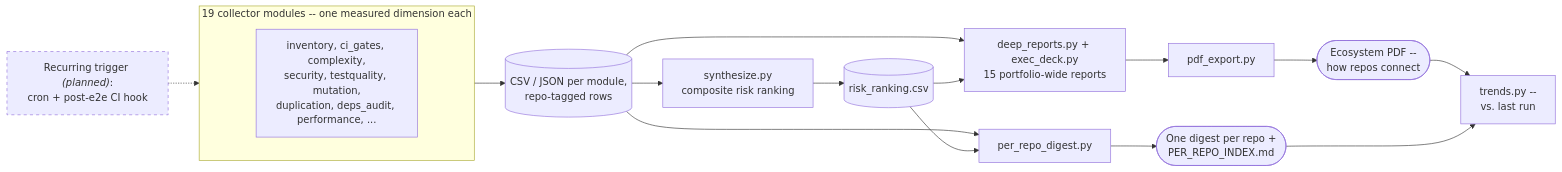
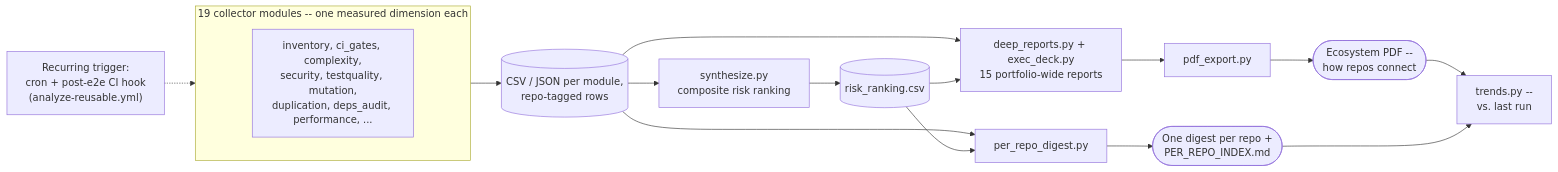
One commit to rachit-srivastava-devx/repo-analyser changed the diagram in README.md. Above: the diagram before and after it, drawn with Mermaid. The commit also changed other lines of this file and 2 other files, not shown here.

First line of the commit message:
Add reusable CI workflow for recurring / post-e2e analysis runs

````diff
--- a/README.md
+++ b/README.md
@@ -80,29 +80,26 @@
 ```mermaid
 flowchart LR
     subgraph Collectors["19 collector modules -- one measured dimension each"]
         direction TB
         Existing["inventory, ci_gates, complexity,\nsecurity, testquality, mutation,\nduplication, deps_audit, performance, ..."]
     end
 
     Collectors --> Data[("CSV / JSON per module,\nrepo-tagged rows")]
 
     Data --> Synthesize["synthesize.py\ncomposite risk ranking"]
     Synthesize --> Risk[("risk_ranking.csv")]
 
     Data --> Ecosystem["deep_reports.py + exec_deck.py\n15 portfolio-wide reports"]
     Risk --> Ecosystem
     Ecosystem --> PDF["pdf_export.py"]
     PDF --> EcoOut(["Ecosystem PDF --\nhow repos connect"])
 
     Data --> PerRepo["per_repo_digest.py"]
     Risk --> PerRepo
     PerRepo --> RepoOut(["One digest per repo +\nPER_REPO_INDEX.md"])
 
     EcoOut --> Trends["trends.py --\nvs. last run"]
     RepoOut --> Trends
 
-    Trigger["Recurring trigger <i>(planned)</i>:\ncron + post-e2e CI hook"] -.-> Collectors
-
-    classDef planned stroke-dasharray: 5 5
-    class Trigger planned
+    Trigger["Recurring trigger:\ncron + post-e2e CI hook\n(analyze-reusable.yml)"] -.-> Collectors
 ```
````
